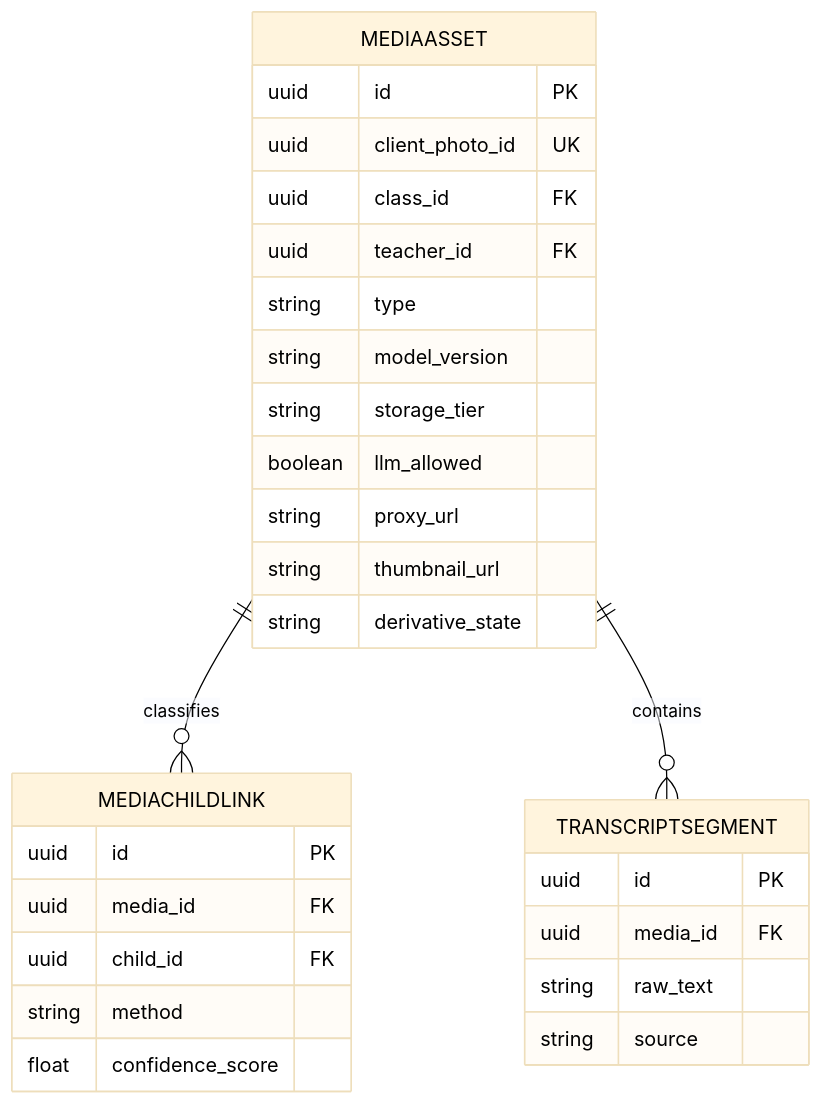
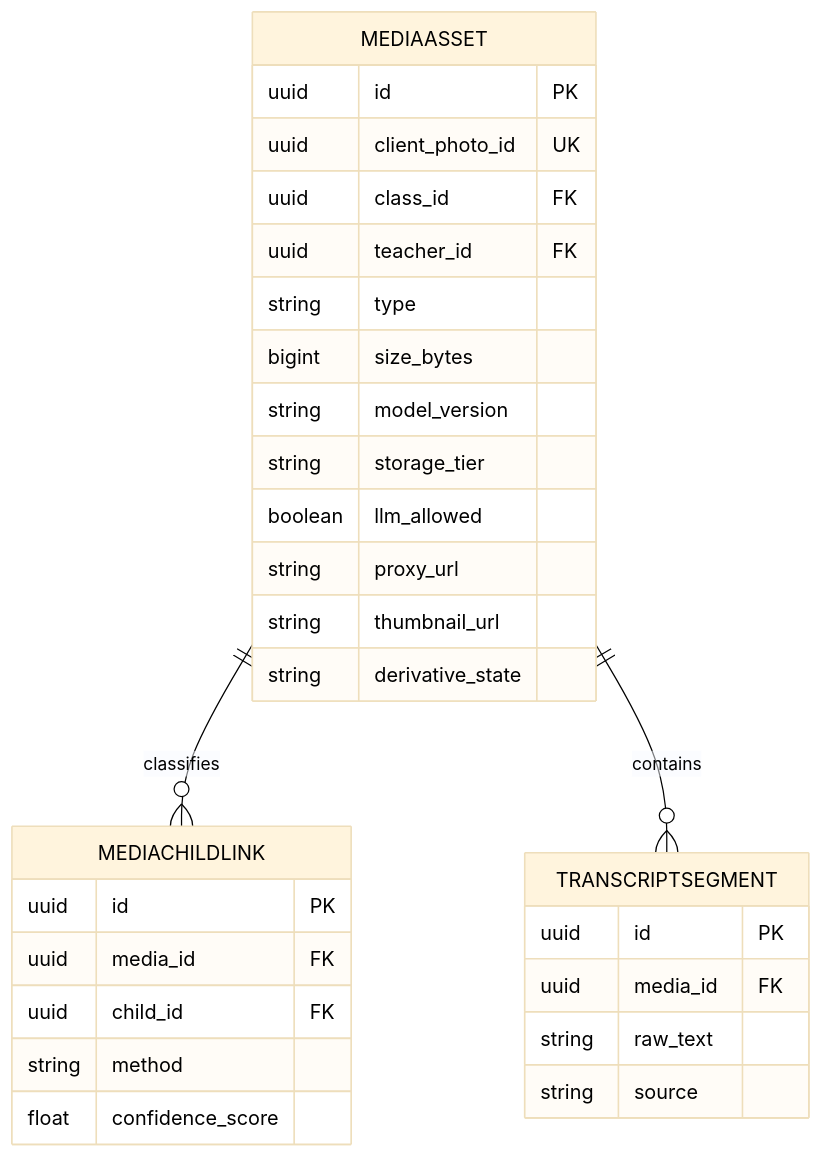
The third of 8 diagrams in docs/테크스펙.md (kakaotechcampus-4/ktc4-chungnam-4), drawn with Mermaid before and after one commit. The commit also changed other lines of this file, not shown here.

First line of the commit message:
docs: add MediaAsset.size_bytes

````diff
--- a/docs/테크스펙.md
+++ b/docs/테크스펙.md
@@ -520,32 +520,33 @@
 ```mermaid
 %%{init: {'theme':'base', 'themeVariables': {'primaryTextColor':'#000000','textColor':'#000000','lineColor':'#000000'}}}%%
 erDiagram
   MEDIAASSET {
     uuid id PK
     uuid client_photo_id UK
     uuid class_id FK
     uuid teacher_id FK
     string type
+    bigint size_bytes
     string model_version
     string storage_tier
     boolean llm_allowed
     string proxy_url
     string thumbnail_url
     string derivative_state
   }
   MEDIACHILDLINK {
     uuid id PK
     uuid media_id FK
     uuid child_id FK
     string method
     float confidence_score
   }
   TRANSCRIPTSEGMENT {
     uuid id PK
     uuid media_id FK
     string raw_text
     string source
   }
   MEDIAASSET ||--o{ MEDIACHILDLINK : classifies
   MEDIAASSET ||--o{ TRANSCRIPTSEGMENT : contains
 ```
````
